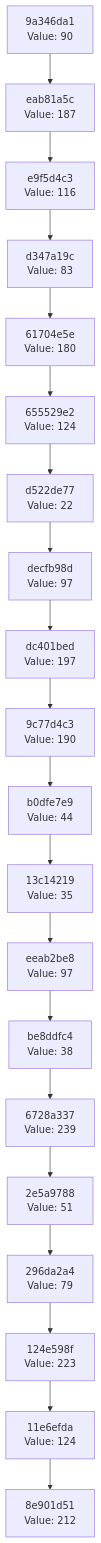
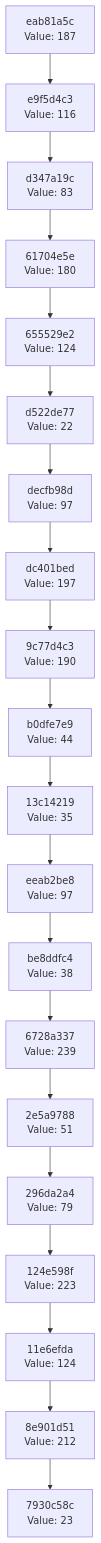
One commit to Abhisheksinha1506/hash-chain-evolver changed the diagram in docs/CHAIN_VISUALIZATION.md. Above: the diagram before and after it, drawn with Mermaid. The commit also changed 2 other files, not shown here.

Commit message:
Evolution Step

````diff
--- a/docs/CHAIN_VISUALIZATION.md
+++ b/docs/CHAIN_VISUALIZATION.md
@@ -3,42 +3,42 @@
 ```mermaid
 graph TD
-    C0["8e901d51<br/>Value: 212"]
-    C1["11e6efda<br/>Value: 124"]
+    C0["7930c58c<br/>Value: 23"]
+    C1["8e901d51<br/>Value: 212"]
     C1 --> C0
-    C2["124e598f<br/>Value: 223"]
+    C2["11e6efda<br/>Value: 124"]
     C2 --> C1
-    C3["296da2a4<br/>Value: 79"]
+    C3["124e598f<br/>Value: 223"]
     C3 --> C2
-    C4["2e5a9788<br/>Value: 51"]
+    C4["296da2a4<br/>Value: 79"]
     C4 --> C3
-    C5["6728a337<br/>Value: 239"]
+    C5["2e5a9788<br/>Value: 51"]
     C5 --> C4
-    C6["be8ddfc4<br/>Value: 38"]
+    C6["6728a337<br/>Value: 239"]
     C6 --> C5
-    C7["eeab2be8<br/>Value: 97"]
+    C7["be8ddfc4<br/>Value: 38"]
     C7 --> C6
-    C8["13c14219<br/>Value: 35"]
+    C8["eeab2be8<br/>Value: 97"]
     C8 --> C7
-    C9["b0dfe7e9<br/>Value: 44"]
+    C9["13c14219<br/>Value: 35"]
     C9 --> C8
-    C10["9c77d4c3<br/>Value: 190"]
+    C10["b0dfe7e9<br/>Value: 44"]
     C10 --> C9
-    C11["dc401bed<br/>Value: 197"]
+    C11["9c77d4c3<br/>Value: 190"]
     C11 --> C10
-    C12["decfb98d<br/>Value: 97"]
+    C12["dc401bed<br/>Value: 197"]
     C12 --> C11
-    C13["d522de77<br/>Value: 22"]
+    C13["decfb98d<br/>Value: 97"]
     C13 --> C12
-    C14["655529e2<br/>Value: 124"]
+    C14["d522de77<br/>Value: 22"]
     C14 --> C13
-    C15["61704e5e<br/>Value: 180"]
+    C15["655529e2<br/>Value: 124"]
     C15 --> C14
-    C16["d347a19c<br/>Value: 83"]
+    C16["61704e5e<br/>Value: 180"]
     C16 --> C15
-    C17["e9f5d4c3<br/>Value: 116"]
+    C17["d347a19c<br/>Value: 83"]
     C17 --> C16
-    C18["eab81a5c<br/>Value: 187"]
+    C18["e9f5d4c3<br/>Value: 116"]
     C18 --> C17
-    C19["9a346da1<br/>Value: 90"]
+    C19["eab81a5c<br/>Value: 187"]
     C19 --> C18
 ```
````
